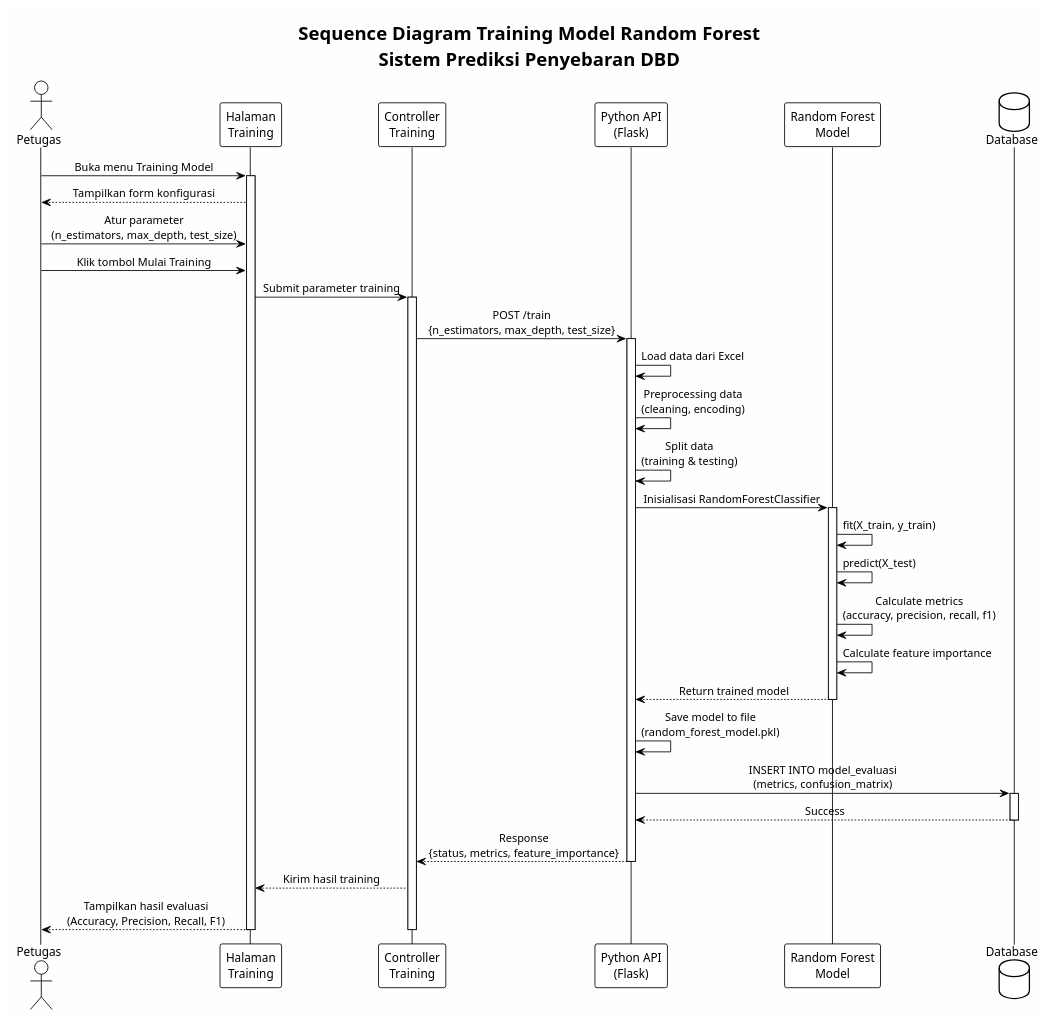
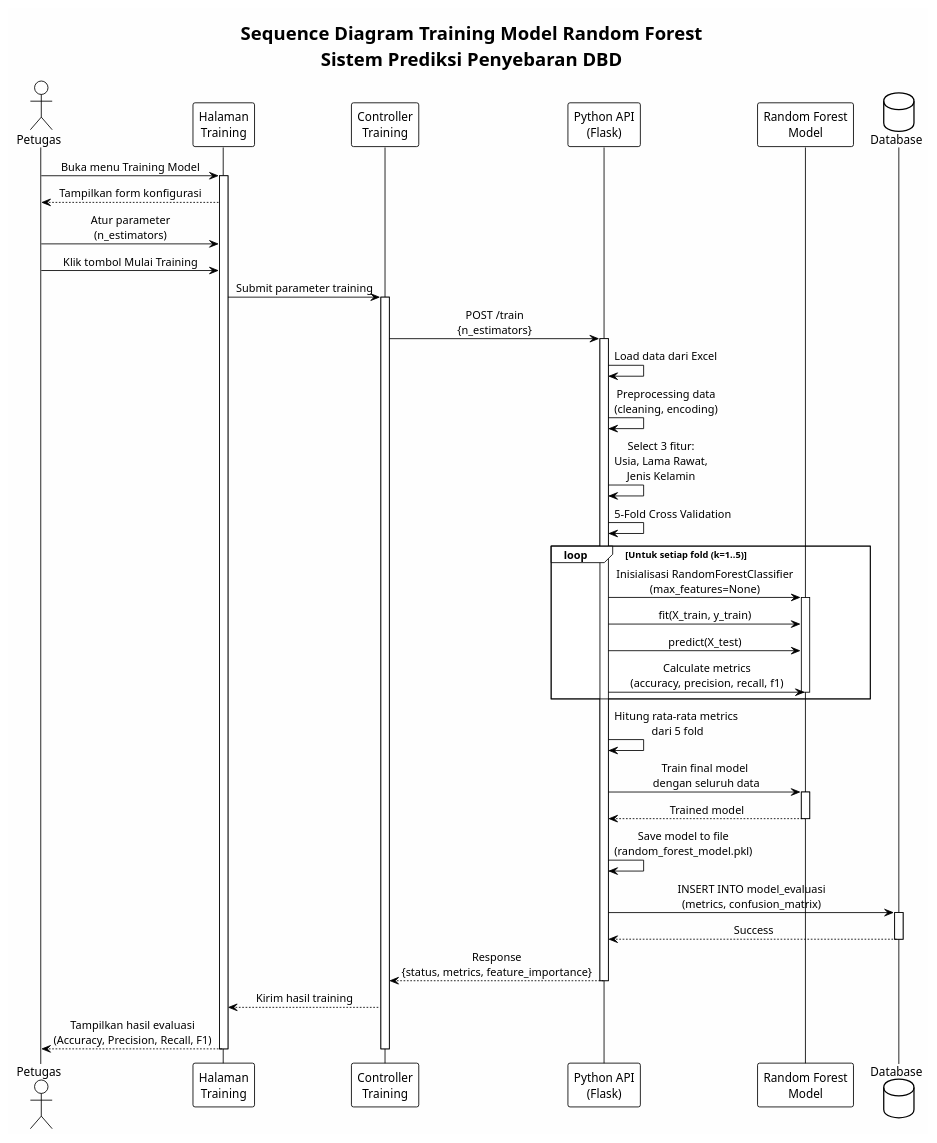
One commit to Suwardi87/prediksi-DBD changed the diagram in Dokumen/UML/sequence_diagram_training.puml. Above: the diagram before and after it, drawn with PlantUML. The commit also changed 43 other files, not shown here.

```diff
--- a/Dokumen/UML/sequence_diagram_training.puml
+++ b/Dokumen/UML/sequence_diagram_training.puml
@@ -1,60 +1,67 @@
 @startuml sequence_diagram_training
 !theme plain
 skinparam backgroundColor #FEFEFE
 skinparam sequenceMessageAlign center
 
 title Sequence Diagram Training Model Random Forest\nSistem Prediksi Penyebaran DBD
 
 actor "Petugas" as User
 participant "Halaman\nTraining" as Page
 participant "Controller\nTraining" as Controller
 participant "Python API\n(Flask)" as API
 participant "Random Forest\nModel" as Model
 database "Database" as DB
 
 User -> Page : Buka menu Training Model
 activate Page
 
 Page --> User : Tampilkan form konfigurasi
 
-User -> Page : Atur parameter\n(n_estimators, max_depth, test_size)
+User -> Page : Atur parameter\n(n_estimators)
 User -> Page : Klik tombol Mulai Training
 
 Page -> Controller : Submit parameter training
 activate Controller
 
-Controller -> API : POST /train\n{n_estimators, max_depth, test_size}
+Controller -> API : POST /train\n{n_estimators}
 activate API
 
 API -> API : Load data dari Excel
 API -> API : Preprocessing data\n(cleaning, encoding)
-API -> API : Split data\n(training & testing)
+API -> API : Select 3 fitur:\nUsia, Lama Rawat,\nJenis Kelamin
 
-API -> Model : Inisialisasi RandomForestClassifier
+API -> API : 5-Fold Cross Validation
+
+loop Untuk setiap fold (k=1..5)
+    API -> Model : Inisialisasi RandomForestClassifier\n(max_features=None)
+    activate Model
+    API -> Model : fit(X_train, y_train)
+    API -> Model : predict(X_test)
+    API -> Model : Calculate metrics\n(accuracy, precision, recall, f1)
+    deactivate Model
+end
+
+API -> API : Hitung rata-rata metrics\n dari 5 fold
+
+API -> Model : Train final model\n dengan seluruh data
 activate Model
-
-Model -> Model : fit(X_train, y_train)
-Model -> Model : predict(X_test)
-Model -> Model : Calculate metrics\n(accuracy, precision, recall, f1)
-Model -> Model : Calculate feature importance
-
-Model --> API : Return trained model
+Model --> API : Trained model
 deactivate Model
 
 API -> API : Save model to file\n(random_forest_model.pkl)
 
 API -> DB : INSERT INTO model_evaluasi\n(metrics, confusion_matrix)
 activate DB
 DB --> API : Success
 deactivate DB
 
 API --> Controller : Response\n{status, metrics, feature_importance}
 deactivate API
 
 Controller --> Page : Kirim hasil training
 Page --> User : Tampilkan hasil evaluasi\n(Accuracy, Precision, Recall, F1)
 
 deactivate Controller
 deactivate Page
 
 @enduml
```
